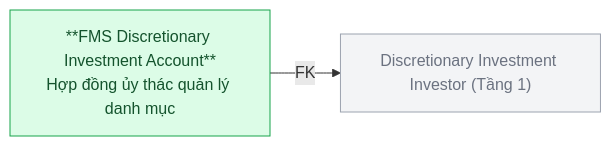
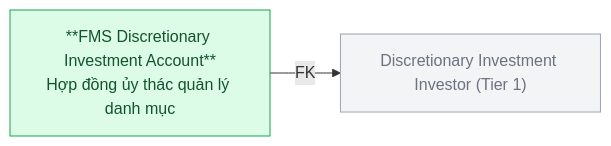
Before and after one commit to linhlvit/ubck_atomic_design: the tenth of 16 diagrams in Silver/hld/FMS_HLD_Tier2.md, drawn with Mermaid. The commit also changed other lines of this file and 111 other files, not shown here.

````diff
--- a/Silver/hld/FMS_HLD_Tier2.md
+++ b/Silver/hld/FMS_HLD_Tier2.md
@@ -241,10 +235,10 @@
 ```mermaid
 graph LR
     classDef silver fill:#dcfce7,stroke:#16a34a,color:#14532d
     classDef refnode fill:#f3f4f6,stroke:#9ca3af,color:#6b7280
 
-    DII["Discretionary Investment Investor (Tầng 1)"]:::refnode
+    DII["Discretionary Investment Investor (Tier 1)"]:::refnode
     IACC["**FMS Discretionary Investment Account**\nHợp đồng ủy thác quản lý danh mục"]:::silver
 
     IACC -->|FK| DII
 ```
````
